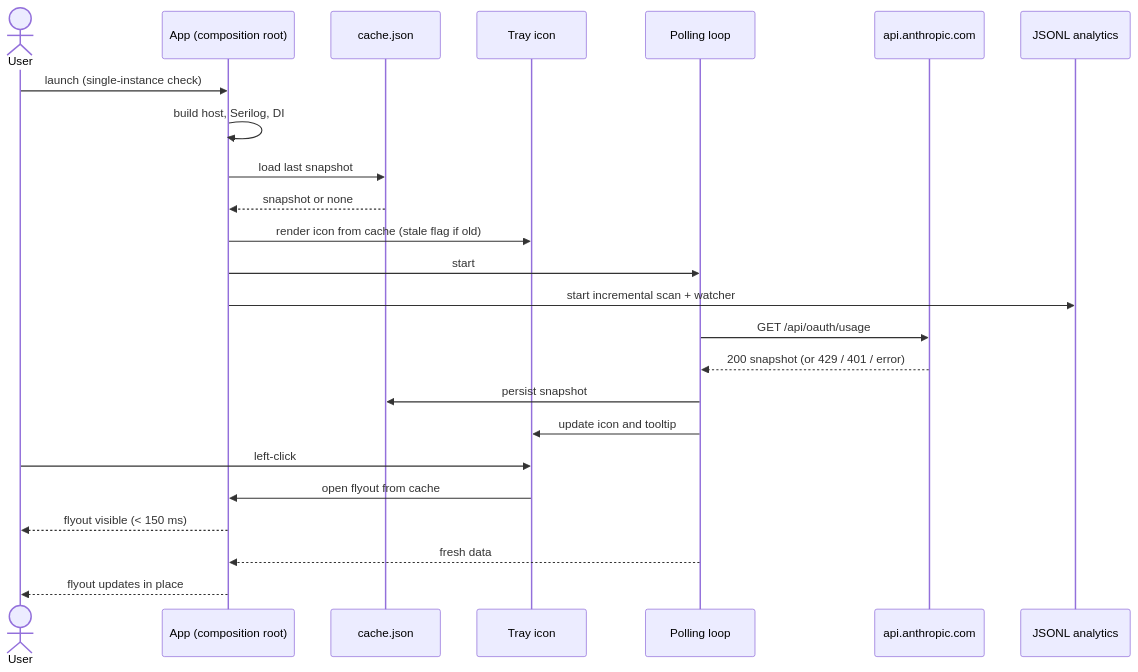
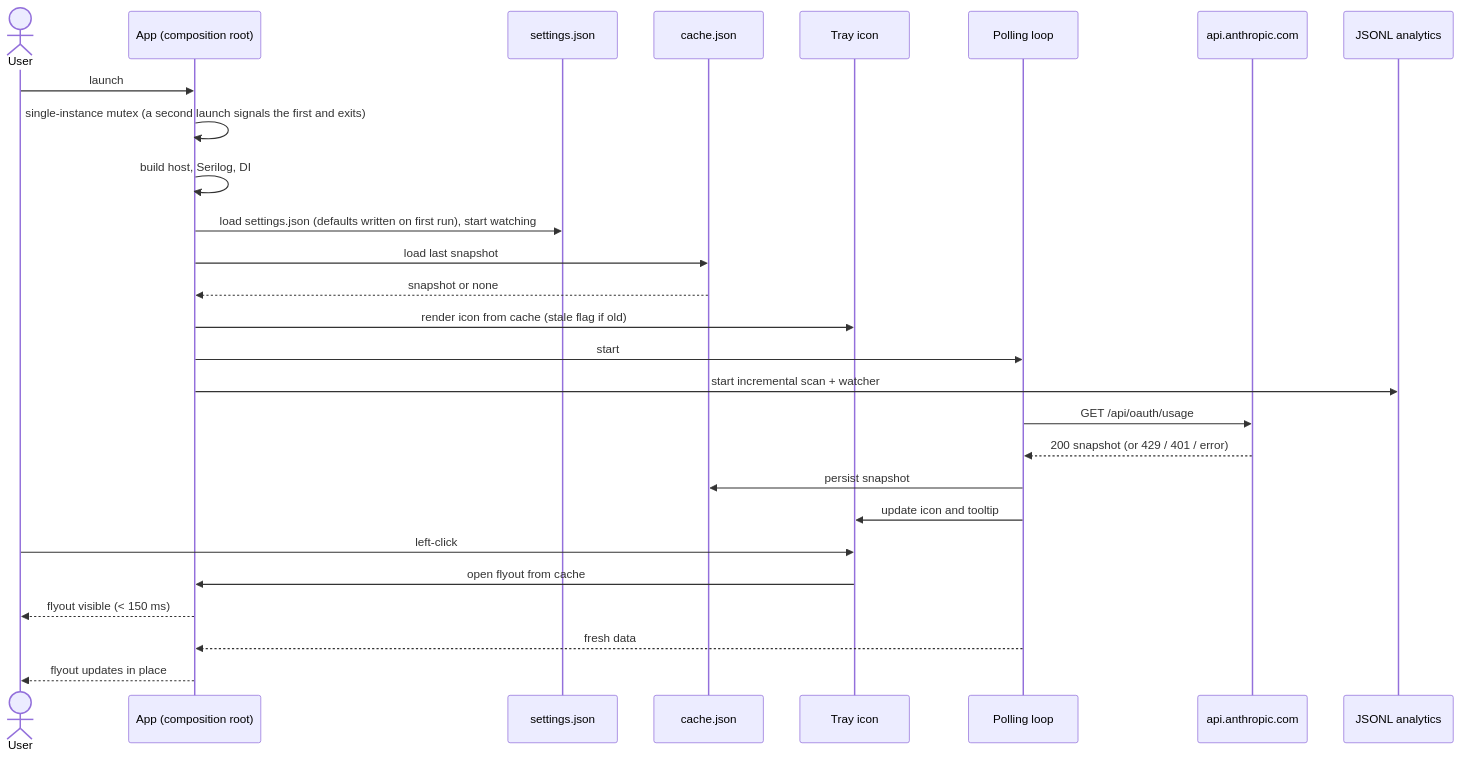
The fourth of 4 diagrams in docs/architecture.md (mlcousek/claude_trayapp), drawn with Mermaid before and after one commit. The commit also changed other lines of this file and 5 other files, not shown here.

````diff
--- a/docs/architecture.md
+++ b/docs/architecture.md
@@ -121,29 +121,32 @@
 ```mermaid
 sequenceDiagram
     actor U as User
     participant App as App (composition root)
+    participant Settings as settings.json
     participant Cache as cache.json
     participant Tray as Tray icon
     participant Poll as Polling loop
     participant API as api.anthropic.com
     participant Local as JSONL analytics
 
-    U->>App: launch (single-instance check)
+    U->>App: launch
+    App->>App: single-instance mutex (a second launch signals the first and exits)
     App->>App: build host, Serilog, DI
+    App->>Settings: load settings.json (defaults written on first run), start watching
     App->>Cache: load last snapshot
     Cache-->>App: snapshot or none
     App->>Tray: render icon from cache (stale flag if old)
     App->>Poll: start
     App->>Local: start incremental scan + watcher
 
     Poll->>API: GET /api/oauth/usage
     API-->>Poll: 200 snapshot (or 429 / 401 / error)
     Poll->>Cache: persist snapshot
     Poll->>Tray: update icon and tooltip
 
     U->>Tray: left-click
     Tray->>App: open flyout from cache
     App-->>U: flyout visible (< 150 ms)
     Poll-->>App: fresh data
     App-->>U: flyout updates in place
 ```
````
